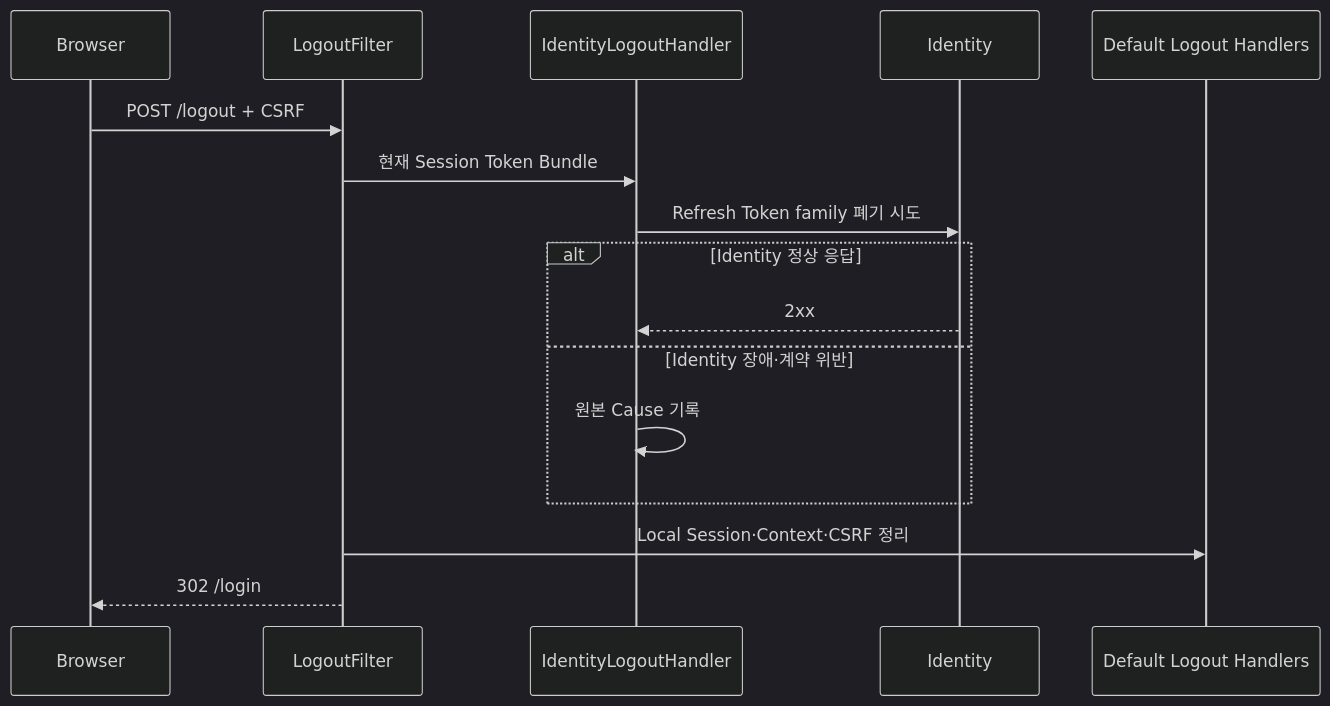
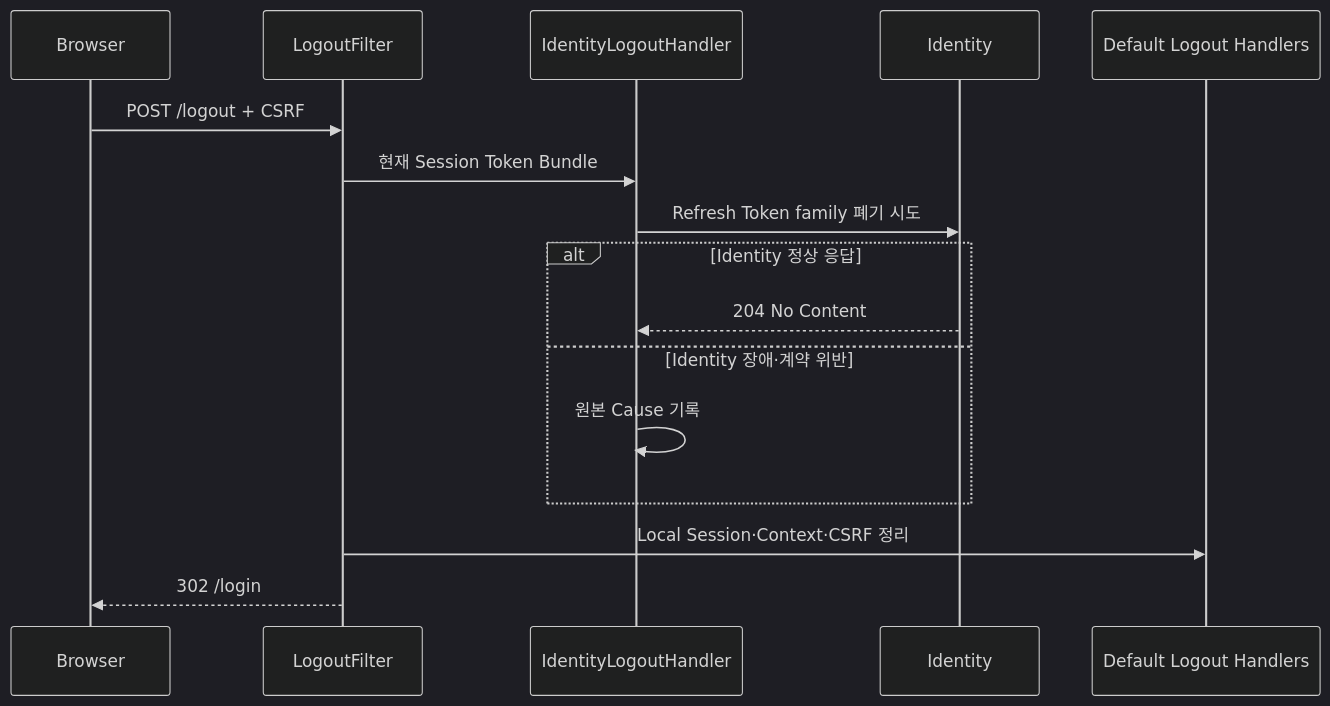
Before and after one commit to nhnacademy-aiot3-omagotchi/omagotchi-frontend: the fourth of 4 diagrams in docs/onboarding/02-session-authentication-flow.md, drawn with Mermaid (dark theme). The commit also changed other lines of this file, not shown here.

````diff
--- a/docs/onboarding/02-session-authentication-flow.md
+++ b/docs/onboarding/02-session-authentication-flow.md
@@ -360,19 +364,19 @@
 ```mermaid
 sequenceDiagram
     participant B as Browser
     participant LF as LogoutFilter
     participant IH as IdentityLogoutHandler
     participant I as Identity
     participant DH as Default Logout Handlers
 
     B->>LF: POST /logout + CSRF
     LF->>IH: 현재 Session Token Bundle
     IH->>I: Refresh Token family 폐기 시도
     alt Identity 정상 응답
-        I-->>IH: 2xx
+        I-->>IH: 204 No Content
     else Identity 장애·계약 위반
         IH->>IH: 원본 Cause 기록
     end
     LF->>DH: Local Session·Context·CSRF 정리
     LF-->>B: 302 /login
 ```
````
